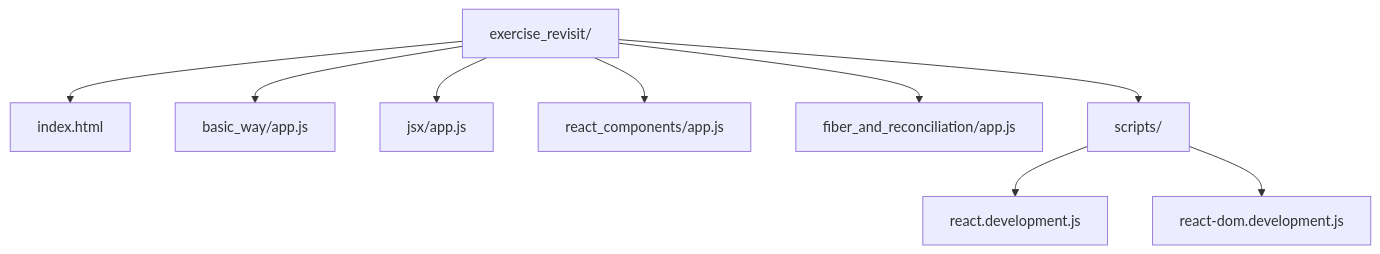
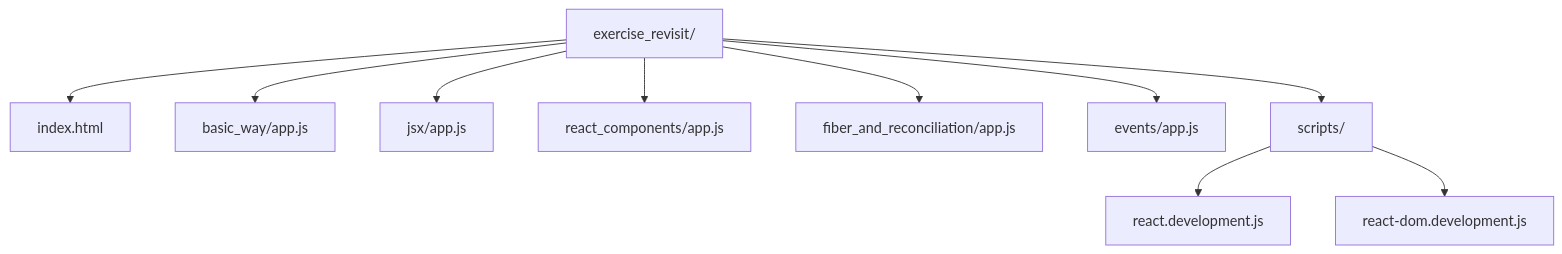
The ninth of 16 diagrams in Web/dom-manipulation/react-own/README.md (raushanapp/Web-Developer), drawn with Mermaid before and after one commit. The commit also changed other lines of this file and 6 other files, not shown here.

````diff
--- a/Web/dom-manipulation/react-own/README.md
+++ b/Web/dom-manipulation/react-own/README.md
@@ -173,11 +173,12 @@
 ```mermaid
 graph TD
     A[exercise_revisit/] --> B[index.html]
     A --> C[basic_way/app.js]
     A --> D[jsx/app.js]
     A --> E[react_components/app.js]
     A --> F[fiber_and_reconciliation/app.js]
-    A --> G[scripts/]
-    G --> H[react.development.js]
-    G --> I[react-dom.development.js]
+    A --> G[events/app.js]
+    A --> H[scripts/]
+    H --> I[react.development.js]
+    H --> J[react-dom.development.js]
 ```
````
